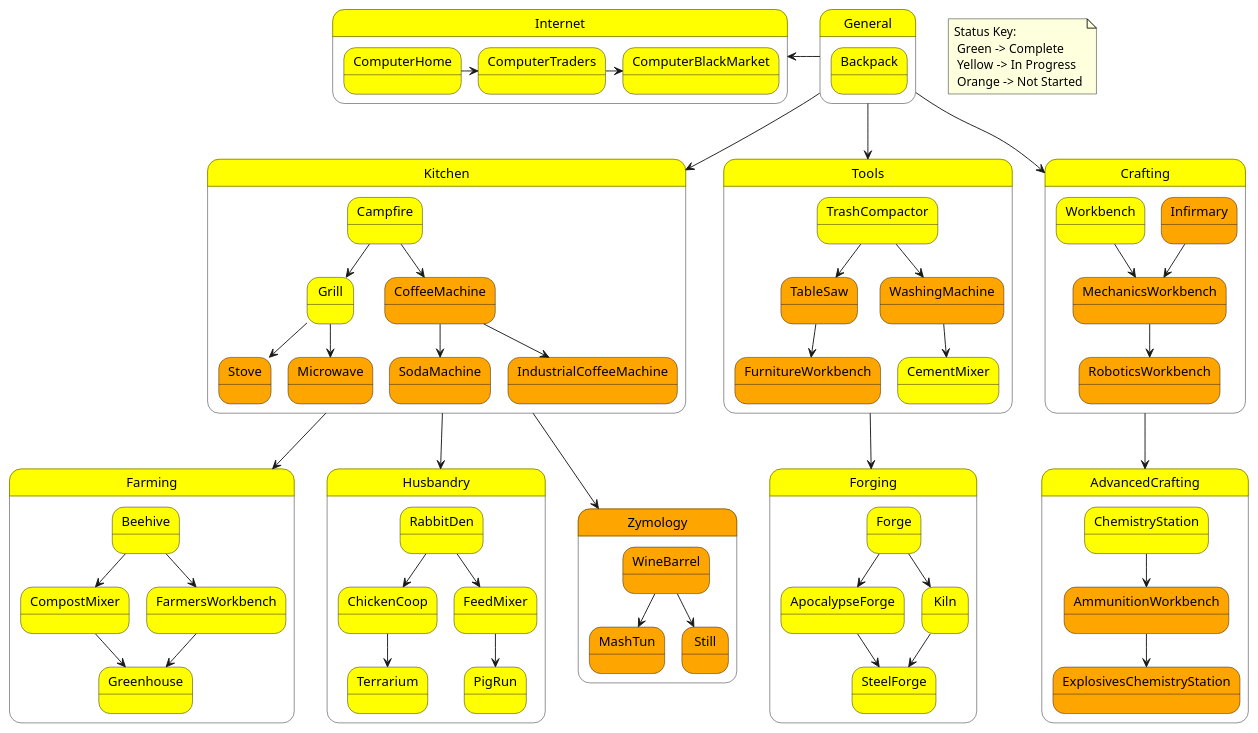
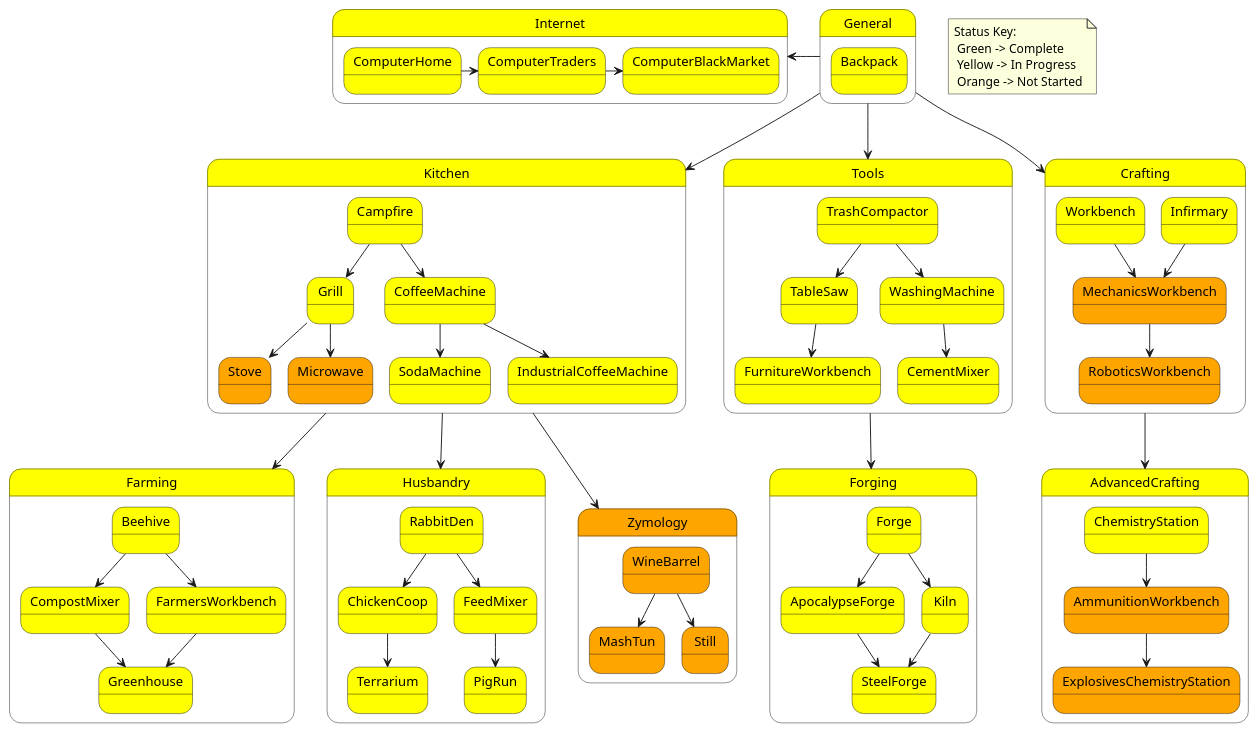
One commit to wesleywmd/7d2d_SevenYears changed the diagram in therealwesleywmd - Seven Years/workstations.puml. Above: the diagram before and after it, drawn with PlantUML.

Commit message:
update uml diagram

```diff
--- a/therealwesleywmd - Seven Years/workstations.puml
+++ b/therealwesleywmd - Seven Years/workstations.puml
@@ -1,89 +1,89 @@
 @startuml
 
     note "Status Key: \n Green -> Complete \n Yellow -> In Progress \n Orange -> Not Started" as N1
 
     state General #yellow {
         state Backpack #yellow
     }
 
     state Kitchen #yellow {
         state Campfire #yellow
         Campfire --> Grill #yellow
-        Campfire --> CoffeeMachine #orange
+        Campfire --> CoffeeMachine #yellow
         Grill --> Stove #orange
         Grill --> Microwave #orange
-        CoffeeMachine --> SodaMachine #orange
-        CoffeeMachine --> IndustrialCoffeeMachine #orange
+        CoffeeMachine --> SodaMachine #yellow
+        CoffeeMachine --> IndustrialCoffeeMachine #yellow
     }
 
     state Internet #yellow {
         state ComputerHome #yellow
         ComputerHome -> ComputerTraders #yellow
         ComputerTraders -> ComputerBlackMarket #yellow
     }
 
     state Tools #yellow {
         state TrashCompactor #yellow
-        TrashCompactor --> TableSaw #orange
-        TrashCompactor --> WashingMachine #orange
-        TableSaw --> FurnitureWorkbench #orange
+        TrashCompactor --> TableSaw #yellow
+        TrashCompactor --> WashingMachine #yellow
+        TableSaw --> FurnitureWorkbench #yellow
         WashingMachine --> CementMixer #yellow
     }
 
     state Farming #yellow {
         state Beehive #yellow
         Beehive --> CompostMixer #yellow
         Beehive --> FarmersWorkbench #yellow
         FarmersWorkbench --> Greenhouse #yellow
         CompostMixer --> Greenhouse #yellow
 
     }
 
     state Husbandry #yellow {
         state RabbitDen #yellow
         RabbitDen --> ChickenCoop #yellow
         RabbitDen --> FeedMixer #yellow
         FeedMixer --> PigRun #yellow
         ChickenCoop --> Terrarium #yellow
     }
 
     state Forging #yellow {
         state Forge #yellow
         Forge --> ApocalypseForge #yellow
         Forge --> Kiln #yellow
         ApocalypseForge --> SteelForge #yellow
         Kiln --> SteelForge
     }
 
     state Crafting #yellow {
         state Workbench #yellow
-        state Infirmary #orange
+        state Infirmary #yellow
         Workbench --> MechanicsWorkbench #orange
         Infirmary --> MechanicsWorkbench #orange
         MechanicsWorkbench --> RoboticsWorkbench #orange
     }
 
     state AdvancedCrafting #yellow {
         state ChemistryStation #yellow
         ChemistryStation --> AmmunitionWorkbench #orange
         AmmunitionWorkbench --> ExplosivesChemistryStation #orange
     }
 
     state Zymology #orange {
         state WineBarrel #orange
         WineBarrel --> MashTun #orange
         WineBarrel --> Still #orange
     }
 
     General --> Kitchen
     General --> Tools
     General --> Crafting
     General -left> Internet
     Kitchen --> Farming
     Kitchen --> Husbandry
     Kitchen --> Zymology
     Tools --> Forging
     Crafting --> AdvancedCrafting
 
 
 @enduml
```
